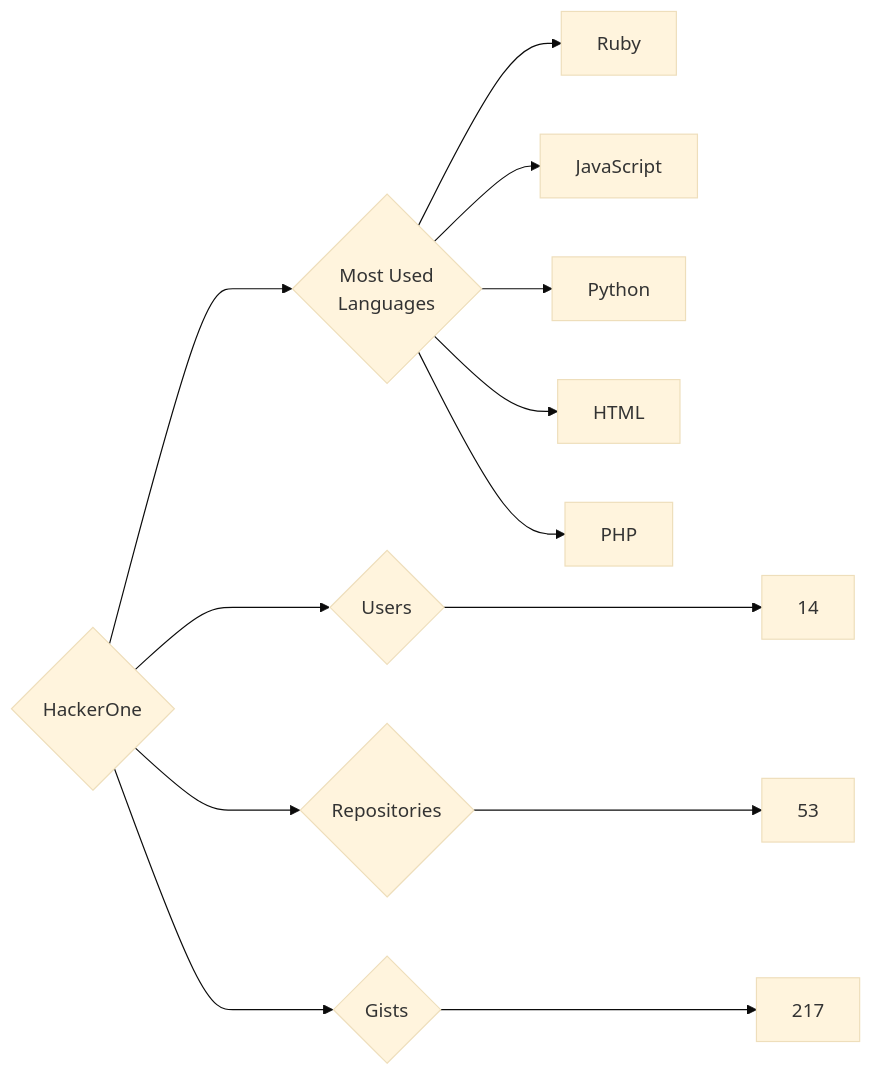
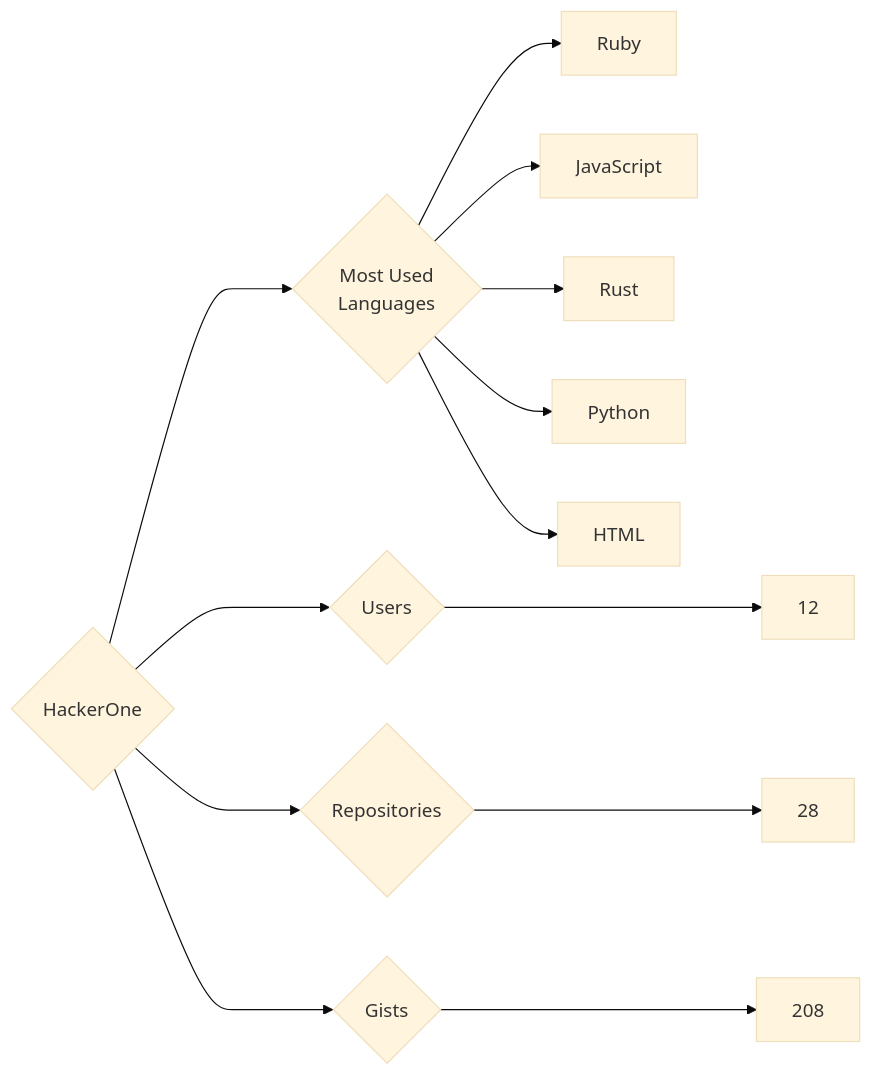
Before and after one commit to trickest/insiders: the diagram in targets/HackerOne/README.md, drawn with Mermaid (base theme). The commit also changed 1148 other files, not shown here.

````diff
--- a/targets/HackerOne/README.md
+++ b/targets/HackerOne/README.md
@@ -3,13 +3,13 @@
 ```mermaid
 graph LR
 COMPANY_NAME{HackerOne}
-COMPANY_NAME ---> U{Users} ---> UN[14]
-COMPANY_NAME ---> R{Repositories} ---> RN[53]
-COMPANY_NAME ---> G{Gists} ---> GN[217]
+COMPANY_NAME ---> U{Users} ---> UN[12]
+COMPANY_NAME ---> R{Repositories} ---> RN[28]
+COMPANY_NAME ---> G{Gists} ---> GN[208]
 COMPANY_NAME ---> ML{Most Used<br>Languages}
 ML --> Ruby[Ruby]
 ML --> JavaScript[JavaScript]
+ML --> Rust[Rust]
 ML --> Python[Python]
 ML --> HTML[HTML]
-ML --> PHP[PHP]
 ```
````
